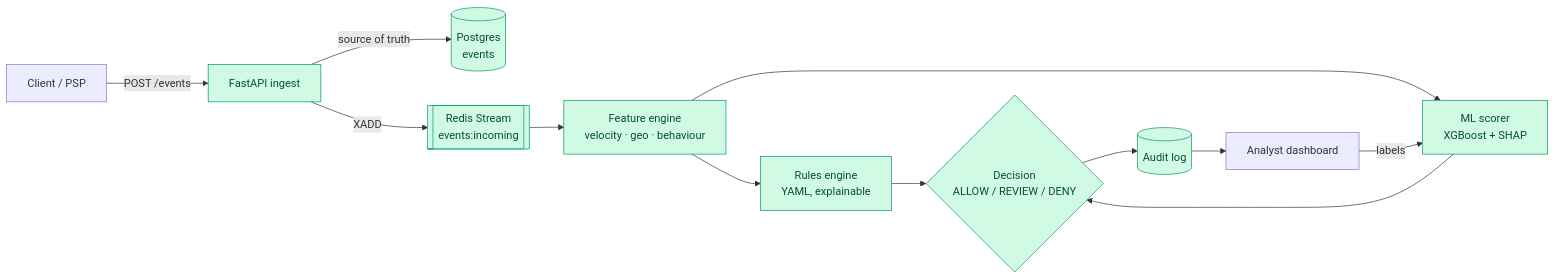
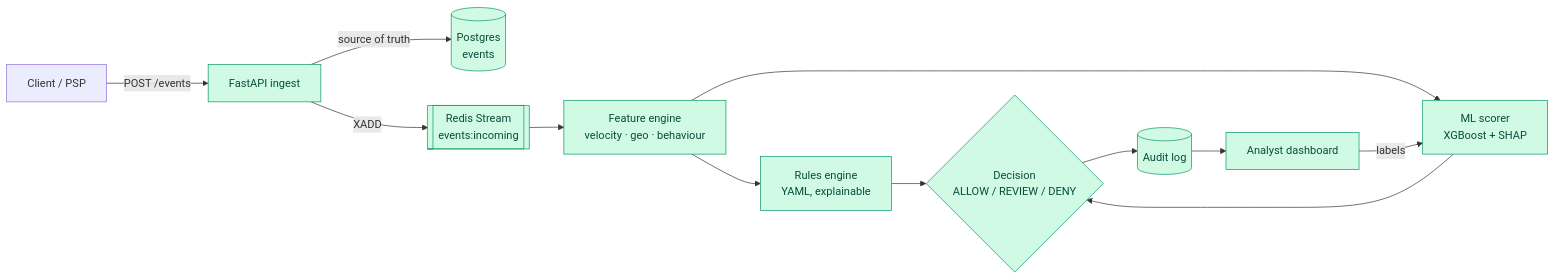
The diagram in README.md (ADARSHputhane/fraud-detection-engine), drawn with Mermaid before and after one commit. The commit also changed other lines of this file and 48 other files, not shown here.

````diff
--- a/README.md
+++ b/README.md
@@ -23,17 +25,17 @@
 ```mermaid
 flowchart LR
     C[Client / PSP] -->|POST /events| API[FastAPI ingest]
     API -->|source of truth| PG[(Postgres<br/>events)]
     API -->|XADD| RS[[Redis Stream<br/>events:incoming]]
     RS --> FE[Feature engine<br/>velocity · geo · behaviour]
     FE --> RE[Rules engine<br/>YAML, explainable]
     FE --> ML[ML scorer<br/>XGBoost + SHAP]
     RE --> D{Decision<br/>ALLOW / REVIEW / DENY}
     ML --> D
     D --> AUD[(Audit log)]
     AUD --> DASH[Analyst dashboard]
     DASH -->|labels| ML
 
     classDef done fill:#d1fae5,stroke:#059669,color:#064e3b;
-    class API,PG,RS,FE,RE,ML,D,AUD done;
+    class API,PG,RS,FE,RE,ML,D,AUD,DASH done;
 ```
````
